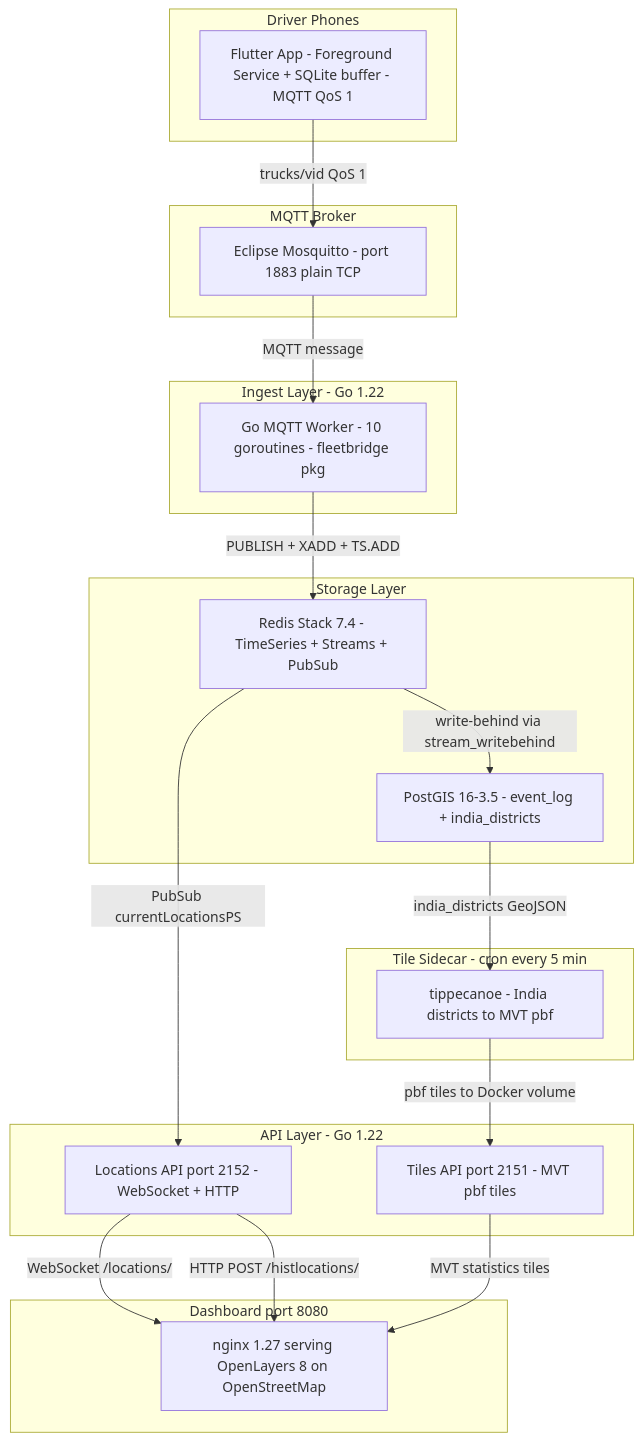
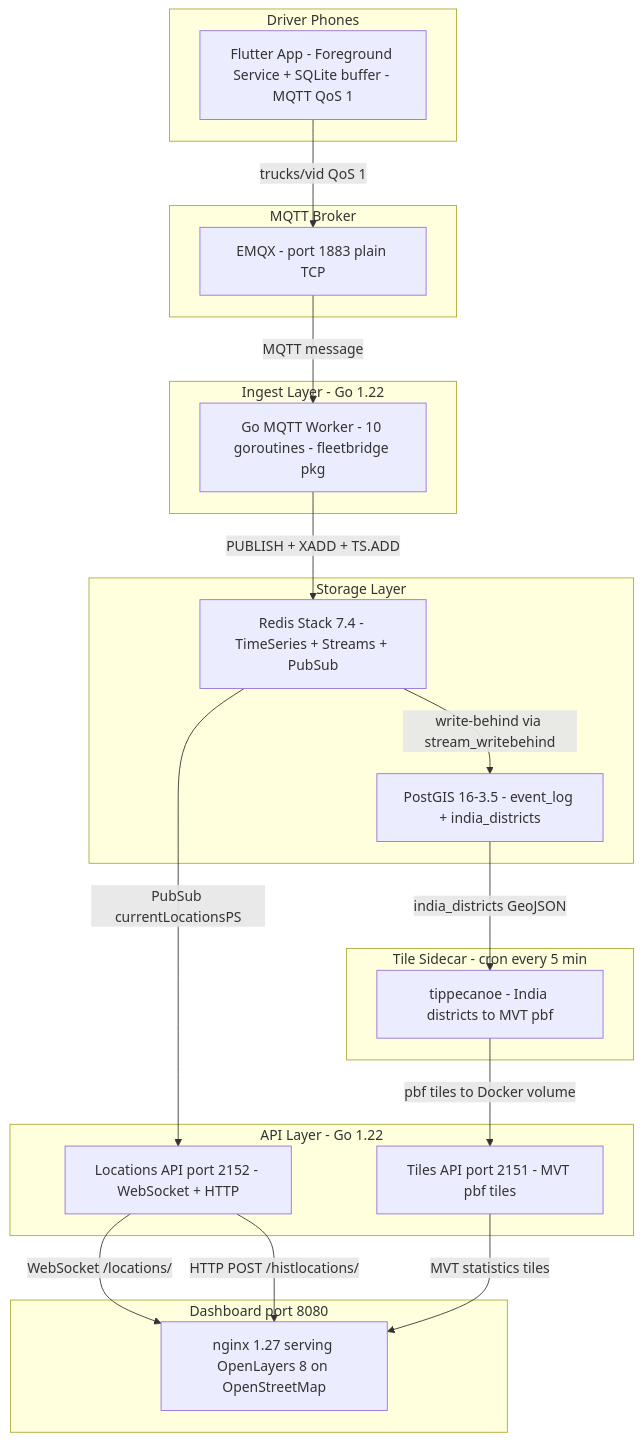
Before and after one commit to rozeappletree/fleetwatch-infra: the diagram in docs/MD files/FleetTrack_India_System_Design.md, drawn with Mermaid. The commit also changed other lines of this file and 5 other files, not shown here.

Commit message:
docs: update architecture docs for emqx migration

````diff
--- a/docs/MD files/FleetTrack_India_System_Design.md
+++ b/docs/MD files/FleetTrack_India_System_Design.md
@@ -19,43 +19,43 @@
 ```mermaid
 flowchart TD
     subgraph Phones["Driver Phones"]
         APP["Flutter App - Foreground Service + SQLite buffer - MQTT QoS 1"]
     end
 
     subgraph Broker["MQTT Broker"]
-        MOSQ["Eclipse Mosquitto - port 1883 plain TCP"]
+        MOSQ["EMQX - port 1883 plain TCP"]
     end
 
     subgraph Ingest["Ingest Layer - Go 1.22"]
         WORKER["Go MQTT Worker - 10 goroutines - fleetbridge pkg"]
     end
 
     subgraph Store["Storage Layer"]
         REDIS["Redis Stack 7.4 - TimeSeries + Streams + PubSub"]
         POSTGIS["PostGIS 16-3.5 - event_log + india_districts"]
     end
 
     subgraph APIs["API Layer - Go 1.22"]
         LOC_API["Locations API port 2152 - WebSocket + HTTP"]
         TILE_API["Tiles API port 2151 - MVT pbf tiles"]
     end
 
     subgraph TileGen["Tile Sidecar - cron every 5 min"]
         TIPPECANOE["tippecanoe - India districts to MVT pbf"]
     end
 
     subgraph Frontend["Dashboard port 8080"]
         OL["nginx 1.27 serving OpenLayers 8 on OpenStreetMap"]
     end
 
     APP -->|trucks/vid QoS 1| MOSQ
     MOSQ -->|MQTT message| WORKER
     WORKER -->|PUBLISH + XADD + TS.ADD| REDIS
     REDIS -->|write-behind via stream_writebehind| POSTGIS
     POSTGIS -->|india_districts GeoJSON| TIPPECANOE
     TIPPECANOE -->|pbf tiles to Docker volume| TILE_API
     REDIS -->|PubSub currentLocationsPS| LOC_API
     LOC_API -->|WebSocket /locations/| OL
     LOC_API -->|HTTP POST /histlocations/| OL
     TILE_API -->|MVT statistics tiles| OL
 ```
````
